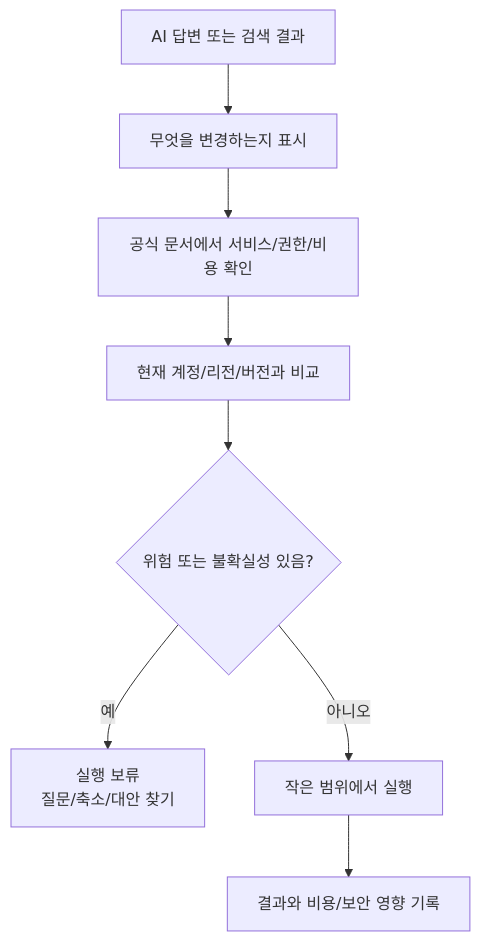
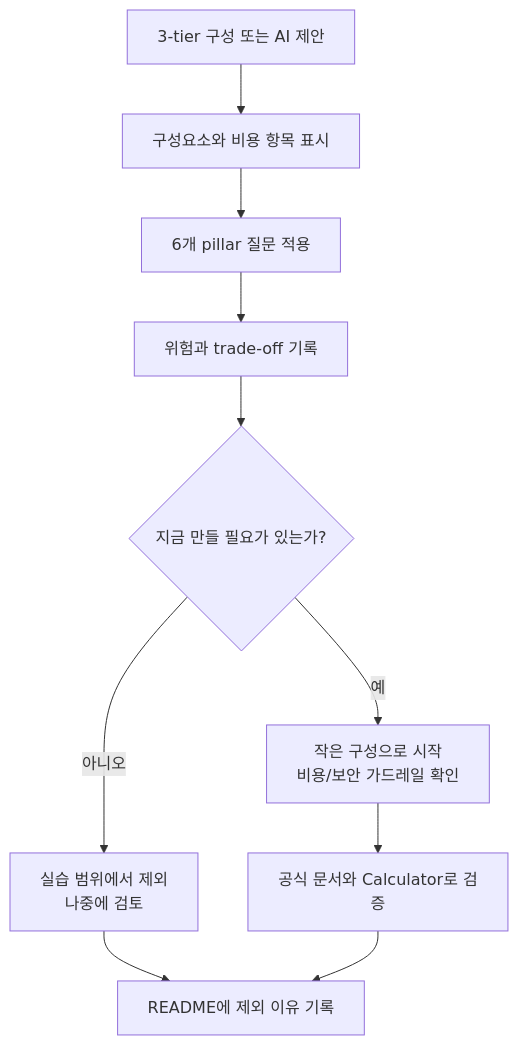
The diagram in week1/day4/lesson-06.md (HwantaLee/w3d3-github-actions-dockerhub), drawn with Mermaid before and after one commit. The commit also changed other lines of this file and 3 other files, not shown here.

Commit message:
Refocus week 1 day 4 on Well-Architected review

````diff
--- a/week1/day4/lesson-06.md
+++ b/week1/day4/lesson-06.md
@@ -83,10 +292,12 @@
 ```mermaid
 flowchart TD
-    A["AI 답변 또는 검색 결과"] --> B["무엇을 변경하는지 표시"]
-    B --> C["공식 문서에서 서비스/권한/비용 확인"]
-    C --> D["현재 계정/리전/버전과 비교"]
-    D --> E{"위험 또는 불확실성 있음?"}
-    E -- "예" --> F["실행 보류\n질문/축소/대안 찾기"]
-    E -- "아니오" --> G["작은 범위에서 실행"]
-    G --> H["결과와 비용/보안 영향 기록"]
+    A["3-tier 구성 또는 AI 제안"] --> B["구성요소와 비용 항목 표시"]
+    B --> C["6개 pillar 질문 적용"]
+    C --> D["위험과 trade-off 기록"]
+    D --> E{"지금 만들 필요가 있는가?"}
+    E -- "아니오" --> F["실습 범위에서 제외\n나중에 검토"]
+    E -- "예" --> G["작은 구성으로 시작\n비용/보안 가드레일 확인"]
+    G --> H["공식 문서와 Calculator로 검증"]
+    F --> I["README에 제외 이유 기록"]
+    H --> I
 ```
````
